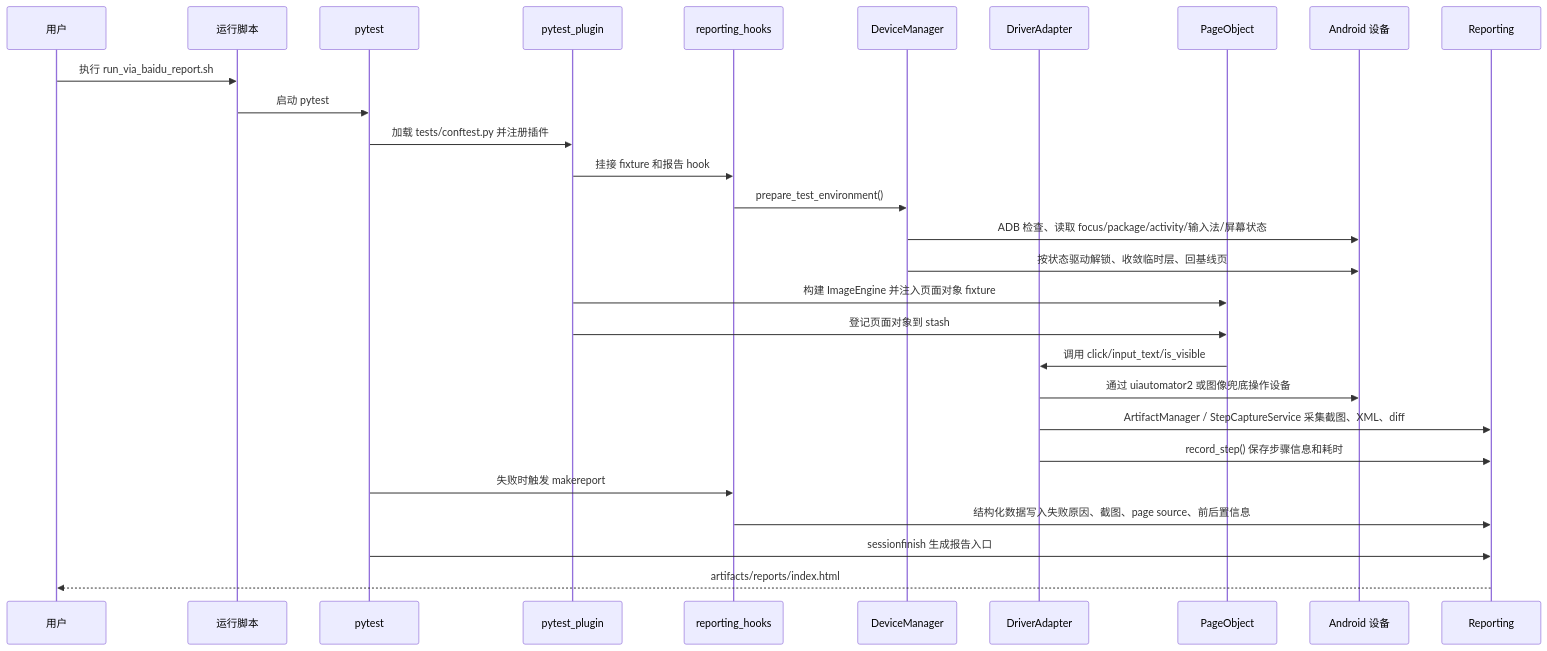
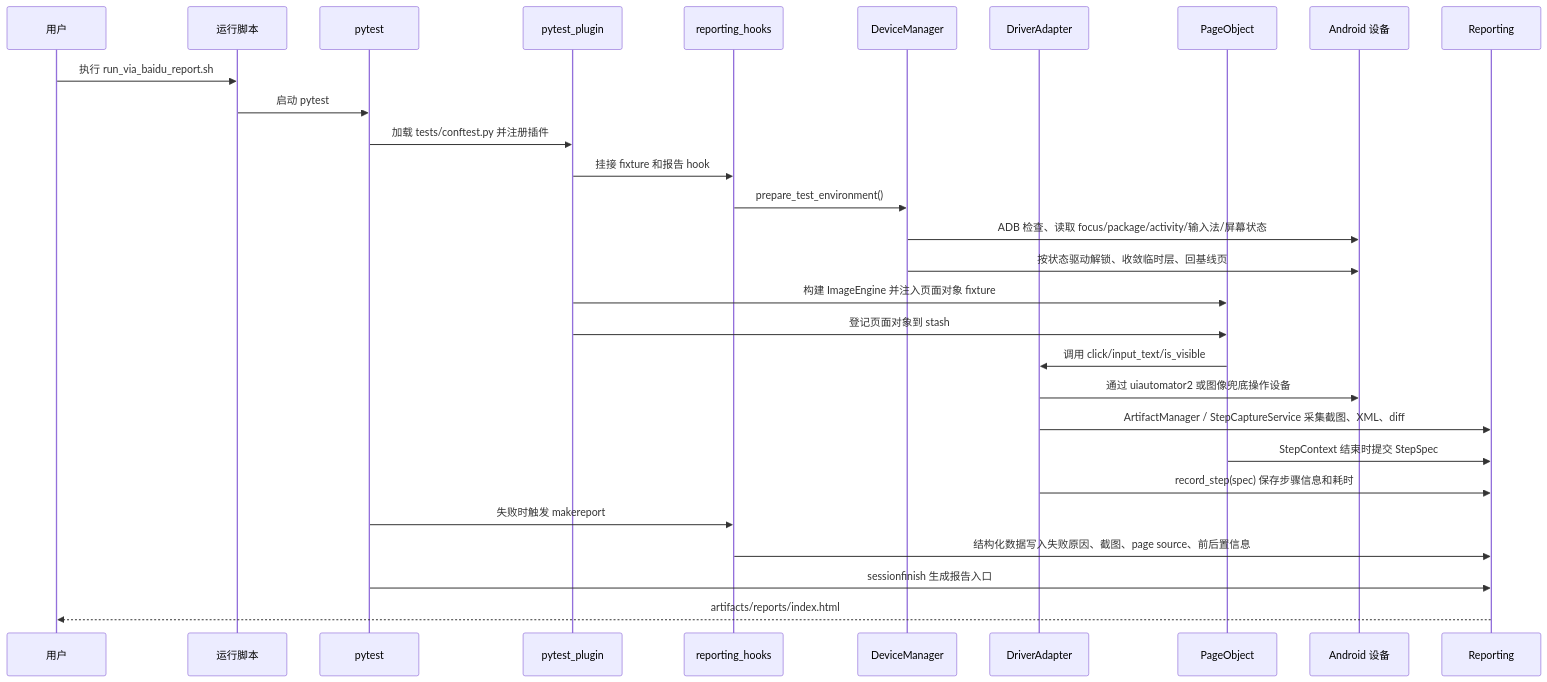
One commit to leaveeeeeee/ai-android-ui-autotest-framework changed the second of 3 diagrams in docs/framework_flow.md. Above: the diagram before and after it, drawn with Mermaid. The commit also changed other lines of this file and 31 other files, not shown here.

Commit message:
refactor(framework): adopt StepSpec API and expand coverage (#5)

````diff
--- a/docs/framework_flow.md
+++ b/docs/framework_flow.md
@@ -33,31 +34,32 @@
 ```mermaid
 sequenceDiagram
     participant U as 用户
     participant S as 运行脚本
     participant P as pytest
     participant Plugin as pytest_plugin
     participant Hooks as reporting_hooks
     participant D as DeviceManager
     participant G as DriverAdapter
     participant Page as PageObject
     participant A as Android 设备
     participant R as Reporting
 
     U->>S: 执行 run_via_baidu_report.sh
     S->>P: 启动 pytest
     P->>Plugin: 加载 tests/conftest.py 并注册插件
     Plugin->>Hooks: 挂接 fixture 和报告 hook
     Hooks->>D: prepare_test_environment()
     D->>A: ADB 检查、读取 focus/package/activity/输入法/屏幕状态
     D->>A: 按状态驱动解锁、收敛临时层、回基线页
     Plugin->>Page: 构建 ImageEngine 并注入页面对象 fixture
     Plugin->>Page: 登记页面对象到 stash
     Page->>G: 调用 click/input_text/is_visible
     G->>A: 通过 uiautomator2 或图像兜底操作设备
     G->>R: ArtifactManager / StepCaptureService 采集截图、XML、diff
-    G->>R: record_step() 保存步骤信息和耗时
+    Page->>R: StepContext 结束时提交 StepSpec
+    G->>R: record_step(spec) 保存步骤信息和耗时
     P->>Hooks: 失败时触发 makereport
     Hooks->>R: 结构化数据写入失败原因、截图、page source、前后置信息
     P->>R: sessionfinish 生成报告入口
     R-->>U: artifacts/reports/index.html
 ```
````
